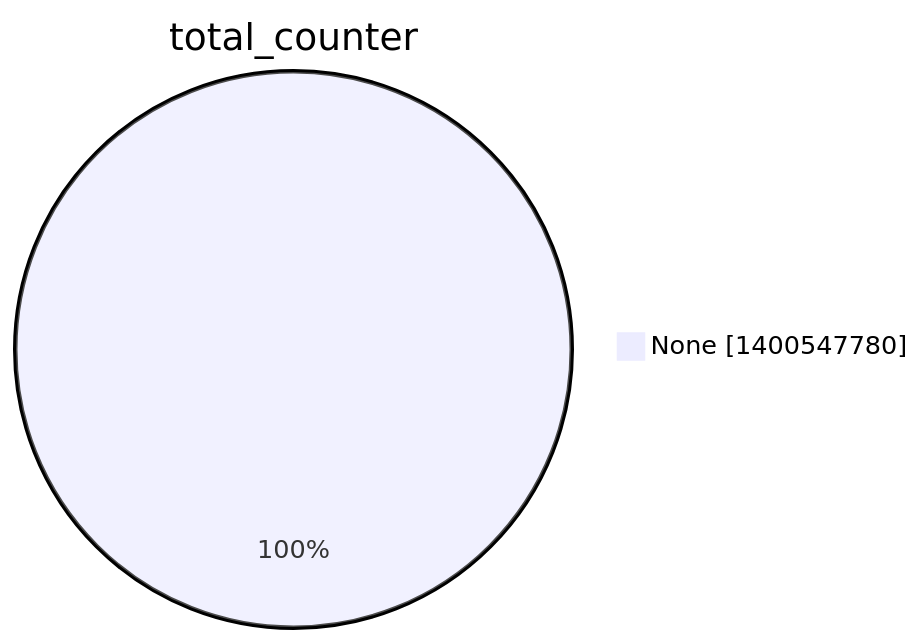
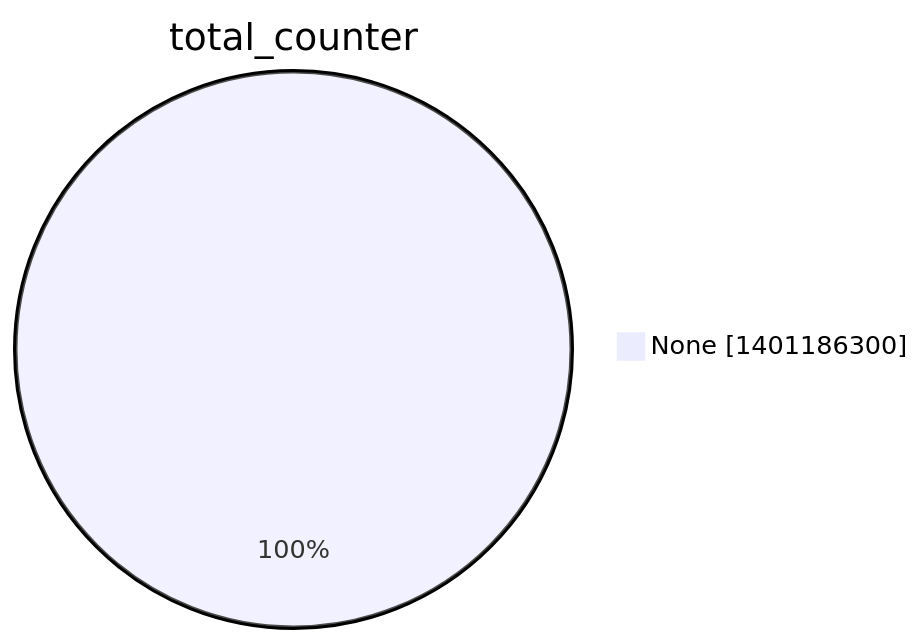
The second of 15 diagrams in argon2022/README.md (christiankrug/ctmonitor_visualization), drawn with Mermaid before and after one commit. The commit also changed other lines of this file, not shown here.

````diff
--- a/argon2022/README.md
+++ b/argon2022/README.md
@@ -9,5 +9,5 @@
 ```mermaid
 pie showData
 title total_counter
-"None" :1400547780
+"None" :1401186300
 ```
````
